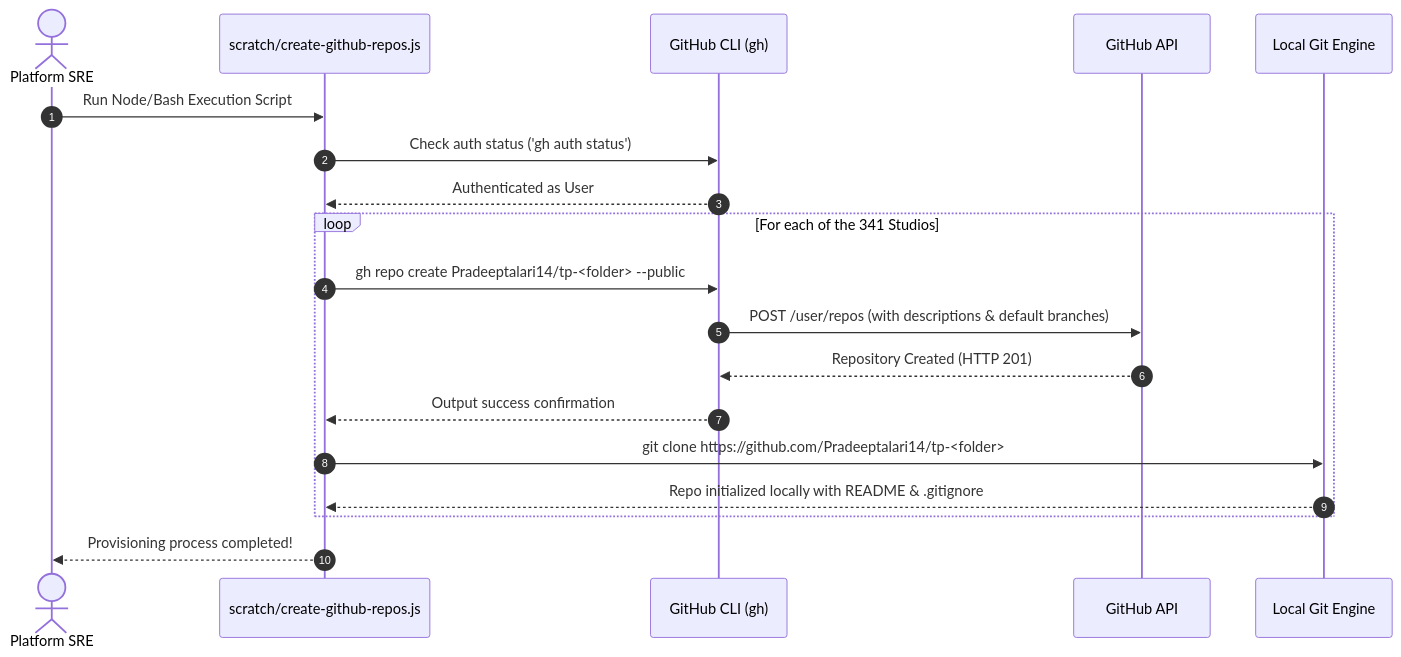
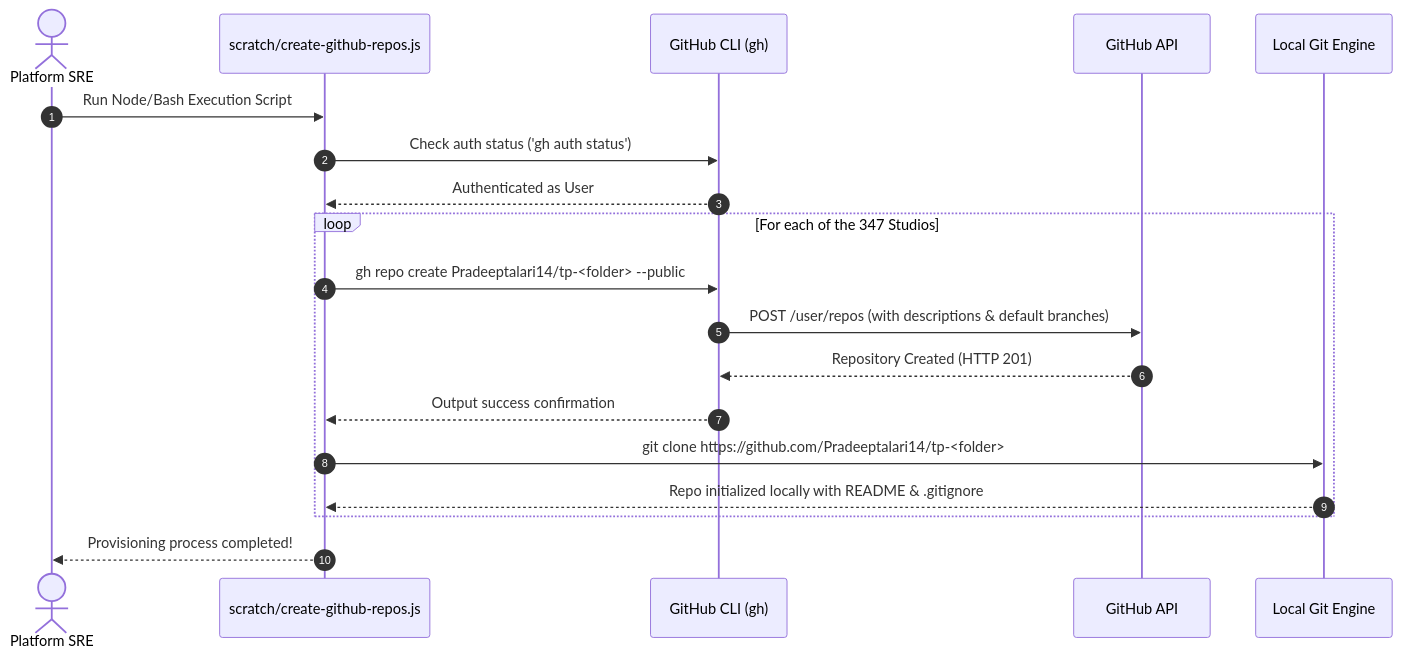
The first of 2 diagrams in GITHUB_PROVISIONING_GUIDE.md (Pradeeptalari14/portfolio), drawn with Mermaid before and after one commit. The commit also changed other lines of this file and 743 other files, not shown here.

Commit message:
feat(k8s-ecosystem): implement 6 CNCF studios with 9+ DevSecOps principles, visual flow archetype, and update catalogs to 347

````diff
--- a/GITHUB_PROVISIONING_GUIDE.md
+++ b/GITHUB_PROVISIONING_GUIDE.md
@@ -25,22 +25,22 @@
 ```mermaid
 sequenceDiagram
     autonumber
     actor Engineer as Platform SRE
     participant Script as scratch/create-github-repos.js
     participant gh as GitHub CLI (gh)
     participant API as GitHub API
     participant Git as Local Git Engine
 
     Engineer->>Script: Run Node/Bash Execution Script
     Script->>gh: Check auth status ('gh auth status')
     gh-->>Script: Authenticated as User
-    loop For each of the 341 Studios
+    loop For each of the 347 Studios
         Script->>gh: gh repo create Pradeeptalari14/tp-<folder> --public
         gh->>API: POST /user/repos (with descriptions & default branches)
         API-->>gh: Repository Created (HTTP 201)
         gh-->>Script: Output success confirmation
         Script->>Git: git clone https://github.com/Pradeeptalari14/tp-<folder>
         Git-->>Script: Repo initialized locally with README & .gitignore
     end
     Script-->>Engineer: Provisioning process completed!
 ```
````
